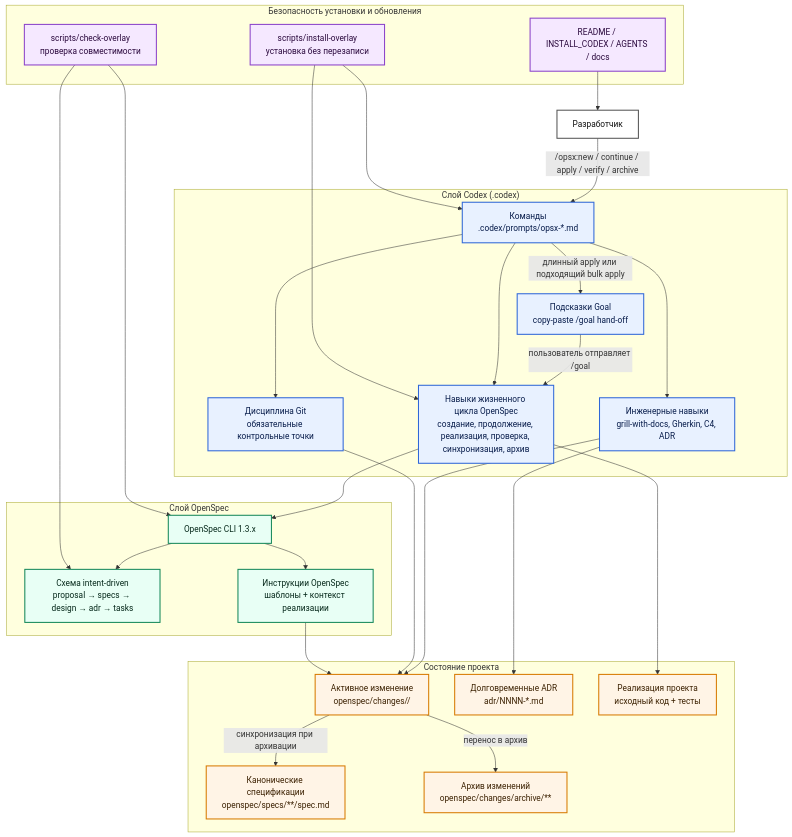
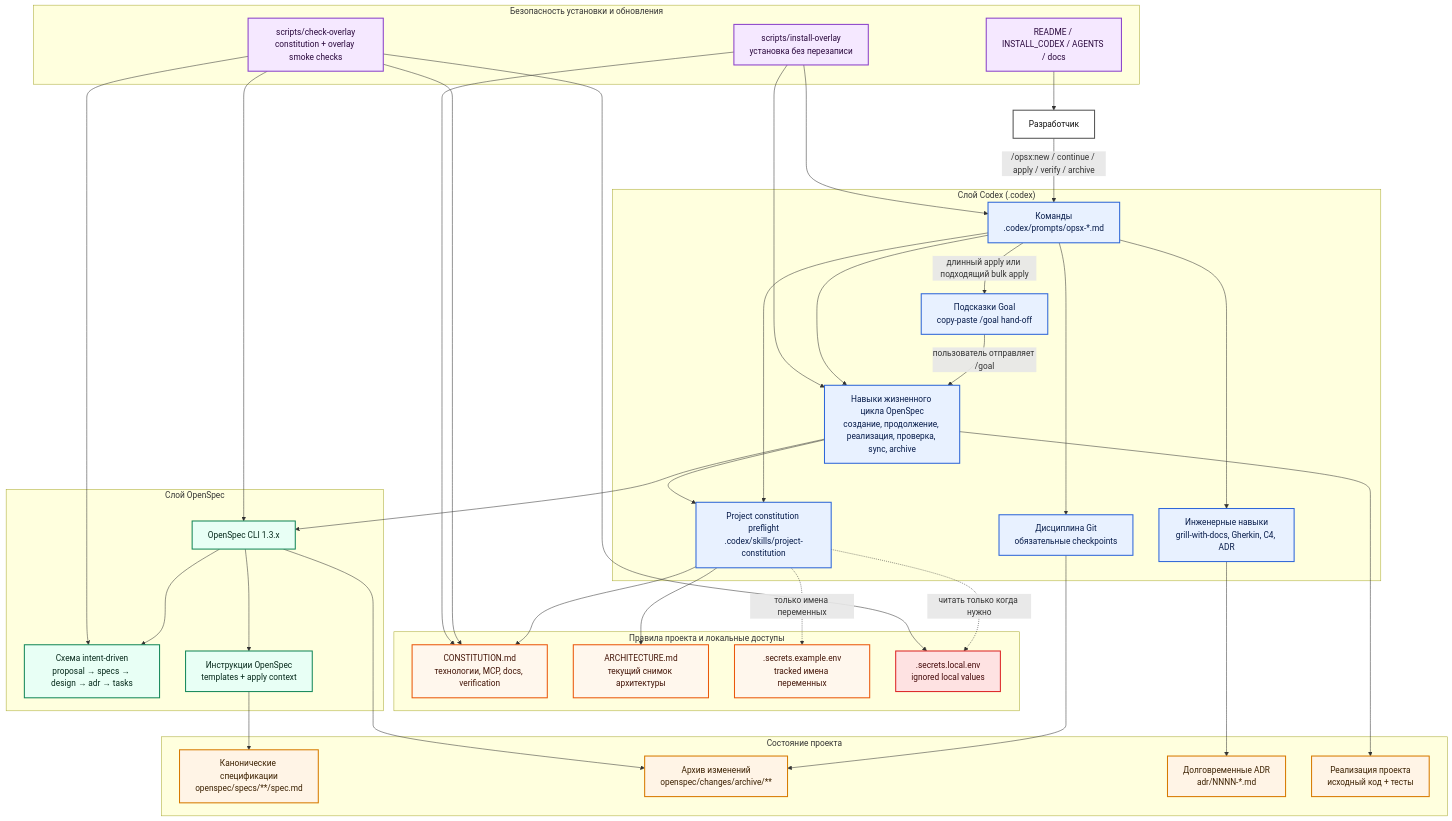
Before and after one commit to AlekseiSeleznev/intent-driven-codex: the second of 2 diagrams in README.ru.md, drawn with Mermaid. The commit also changed other lines of this file and 84 other files, not shown here.

````diff
--- a/README.ru.md
+++ b/README.ru.md
@@ -110,63 +156,99 @@
   User["Разработчик"]
 
   subgraph CodexLayer["Слой Codex (.codex)"]
-    Prompts["Команды\n.codex/prompts/opsx-*.md"]
-    GoalGuidance["Подсказки Goal\ncopy-paste /goal hand-off"]
-    LifecycleSkills["Навыки жизненного цикла OpenSpec\nсоздание, продолжение, реализация, проверка, синхронизация, архив"]
-    QualitySkills["Инженерные навыки\ngrill-with-docs, Gherkin, C4, ADR"]
-    GitSkill["Дисциплина Git\nобязательные контрольные точки"]
+    Prompts["Команды
+.codex/prompts/opsx-*.md"]
+    ConstitutionSkill["Project constitution preflight
+.codex/skills/project-constitution"]
+    GoalGuidance["Подсказки Goal
+copy-paste /goal hand-off"]
+    LifecycleSkills["Навыки жизненного цикла OpenSpec
+создание, продолжение, реализация, проверка, sync, archive"]
+    QualitySkills["Инженерные навыки
+grill-with-docs, Gherkin, C4, ADR"]
+    GitSkill["Дисциплина Git
+обязательные checkpoints"]
+  end
+
+  subgraph ProjectRules["Правила проекта и локальные доступы"]
+    Constitution["CONSTITUTION.md
+технологии, MCP, docs, verification"]
+    Architecture["ARCHITECTURE.md
+текущий снимок архитектуры"]
+    SecretsExample[".secrets.example.env
+tracked имена переменных"]
+    LocalSecrets[".secrets.local.env
+ignored local values"]
   end
 
   subgraph OpenSpecLayer["Слой OpenSpec"]
     CLI["OpenSpec CLI 1.3.x"]
-    Schema["Схема intent-driven\nproposal → specs → design → adr → tasks"]
-    Instructions["Инструкции OpenSpec\nшаблоны + контекст реализации"]
+    Schema["Схема intent-driven
+proposal → specs → design → adr → tasks"]
+    Instructions["Инструкции OpenSpec
+templates + apply context"]
   end
 
   subgraph ProjectState["Состояние проекта"]
-    ActiveChange["Активное изменение\nopenspec/changes/<change>/"]
-    CanonicalSpecs["Канонические спецификации\nopenspec/specs/**/spec.md"]
-    Archive["Архив изменений\nopenspec/changes/archive/**"]
-    ADRs["Долговременные ADR\nadr/NNNN-*.md"]
-    Code["Реализация проекта\nисходный код + тесты"]
+    CanonicalSpecs["Канонические спецификации
+openspec/specs/**/spec.md"]
+    Archive["Архив изменений
+openspec/changes/archive/**"]
+    ADRs["Долговременные ADR
+adr/NNNN-*.md"]
+    Code["Реализация проекта
+исходный код + тесты"]
   end
 
   subgraph Safety["Безопасность установки и обновления"]
-    Installer["scripts/install-overlay\nустановка без перезаписи"]
-    Checker["scripts/check-overlay\nпроверка совместимости"]
+    Installer["scripts/install-overlay
+установка без перезаписи"]
+    Checker["scripts/check-overlay
+constitution + overlay smoke checks"]
     Docs["README / INSTALL_CODEX / AGENTS / docs"]
   end
 
   User -->|"/opsx:new / continue / apply / verify / archive"| Prompts
+  Prompts --> ConstitutionSkill
+  LifecycleSkills --> ConstitutionSkill
+  ConstitutionSkill --> Constitution
+  ConstitutionSkill --> Architecture
+  ConstitutionSkill -. "только имена переменных" .-> SecretsExample
+  ConstitutionSkill -. "читать только когда нужно" .-> LocalSecrets
   Prompts -->|"длинный apply или подходящий bulk apply"| GoalGuidance
   GoalGuidance -->|"пользователь отправляет /goal"| LifecycleSkills
   Prompts --> LifecycleSkills
   Prompts --> QualitySkills
   Prompts --> GitSkill
   LifecycleSkills --> CLI
-  QualitySkills --> ActiveChange
   QualitySkills --> ADRs
-  GitSkill --> ActiveChange
+  GitSkill --> Archive
   CLI --> Schema
   CLI --> Instructions
-  Instructions --> ActiveChange
-  ActiveChange -->|"синхронизация при архивации"| CanonicalSpecs
-  ActiveChange -->|"перенос в архив"| Archive
+  Instructions --> CanonicalSpecs
+  CLI --> Archive
   LifecycleSkills --> Code
+  Checker --> Constitution
+  Checker --> LocalSecrets
   Checker --> CLI
   Checker --> Schema
   Installer --> Prompts
   Installer --> LifecycleSkills
+  Installer --> Constitution
   Docs --> User
 
   classDef codex fill:#e8f1ff,stroke:#2f67d8,color:#061b4a,stroke-width:2px;
+  classDef rules fill:#fff7ed,stroke:#ea580c,color:#431407,stroke-width:2px;
+  classDef secret fill:#fee2e2,stroke:#dc2626,color:#450a0a,stroke-width:2px;
   classDef openspec fill:#e8fff5,stroke:#16885a,color:#06291b,stroke-width:2px;
   classDef state fill:#fff4e6,stroke:#d77a00,color:#3b2000,stroke-width:2px;
   classDef safety fill:#f5e8ff,stroke:#8b42c9,color:#2a083d,stroke-width:2px;
   classDef actor fill:#ffffff,stroke:#555,color:#111,stroke-width:2px;
   class User actor;
-  class Prompts,GoalGuidance,LifecycleSkills,QualitySkills,GitSkill codex;
+  class Prompts,ConstitutionSkill,GoalGuidance,LifecycleSkills,QualitySkills,GitSkill codex;
+  class Constitution,Architecture,SecretsExample rules;
+  class LocalSecrets secret;
   class CLI,Schema,Instructions openspec;
-  class ActiveChange,CanonicalSpecs,Archive,ADRs,Code state;
+  class CanonicalSpecs,Archive,ADRs,Code state;
   class Installer,Checker,Docs safety;
 ```
````
